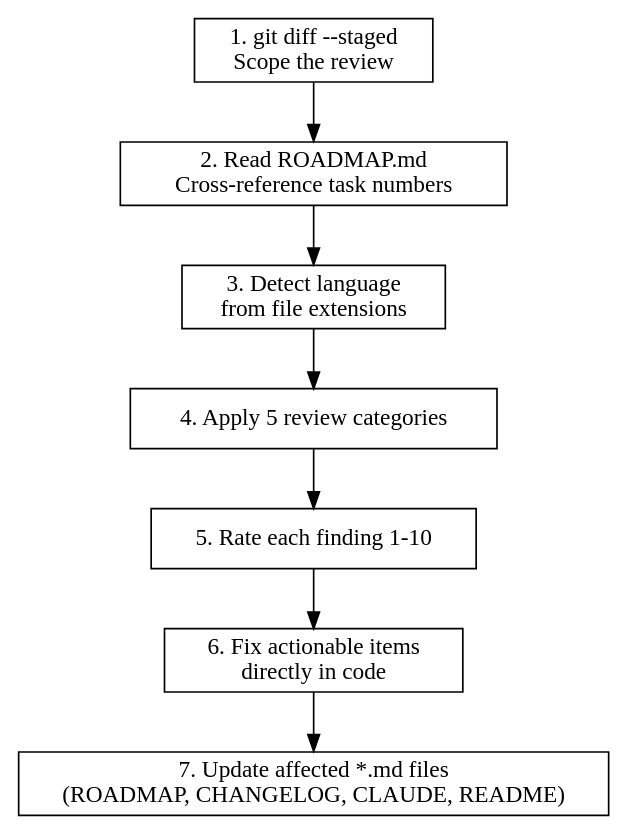
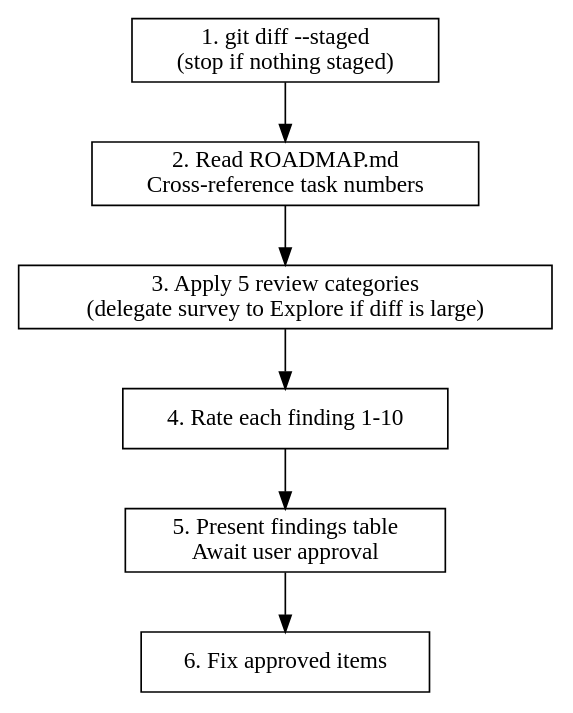
The diagram in plugins/staged-review/skills/code-review/SKILL.md (ZenHive/claude-marketplace-elixir), drawn with Graphviz before and after one commit. The commit also changed other lines of this file and 1 other file, not shown here.

First line of the commit message:
Rework staged-review: report → approve → fix flow

````diff
--- a/plugins/staged-review/skills/code-review/SKILL.md
+++ b/plugins/staged-review/skills/code-review/SKILL.md
@@ -27,16 +30,15 @@
 ```dot
 digraph code_review {
   rankdir=TB;
   node [shape=box];
 
-  staged [label="1. git diff --staged\nScope the review"];
+  staged  [label="1. git diff --staged\n(stop if nothing staged)"];
   roadmap [label="2. Read ROADMAP.md\nCross-reference task numbers"];
-  detect [label="3. Detect language\nfrom file extensions"];
-  review [label="4. Apply 5 review categories"];
-  rate [label="5. Rate each finding 1-10"];
-  fix [label="6. Fix actionable items\ndirectly in code"];
-  docs [label="7. Update affected *.md files\n(ROADMAP, CHANGELOG, CLAUDE, README)"];
+  review  [label="3. Apply 5 review categories\n(delegate survey to Explore if diff is large)"];
+  rate    [label="4. Rate each finding 1-10"];
+  present [label="5. Present findings table\nAwait user approval"];
+  fix     [label="6. Fix approved items"];
 
-  staged -> roadmap -> detect -> review -> rate -> fix -> docs;
+  staged -> roadmap -> review -> rate -> present -> fix;
 }
 ```
````
